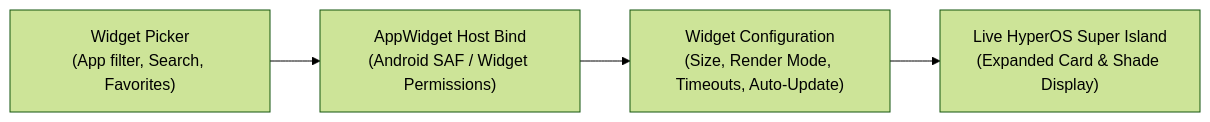
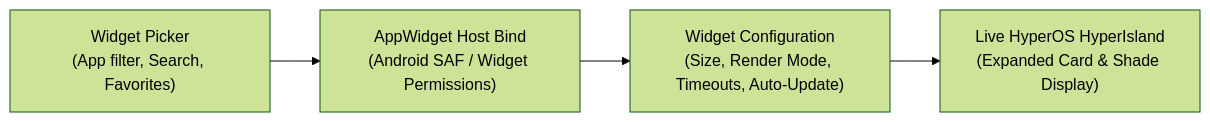
The diagram in content/docs/customization/widgets-guide.md (D4vidDf/HyperBridge-Site), drawn with Mermaid (forest theme) before and after one commit. The commit also changed other lines of this file and 14 other files, not shown here.

Commit message:
docs: update terminology from Super Island to official Xiaomi HyperIsland

````diff
--- a/content/docs/customization/widgets-guide.md
+++ b/content/docs/customization/widgets-guide.md
@@ -12,6 +12,6 @@
 ```mermaid
 flowchart LR
     Picker["Widget Picker\n(App filter, Search, Favorites)"] --> Bind["AppWidget Host Bind\n(Android SAF / Widget Permissions)"]
     Bind --> Config["Widget Configuration\n(Size, Render Mode, Timeouts, Auto-Update)"]
-    Config --> Island["Live HyperOS Super Island\n(Expanded Card & Shade Display)"]
+    Config --> Island["Live HyperOS HyperIsland\n(Expanded Card & Shade Display)"]
 ```
````
